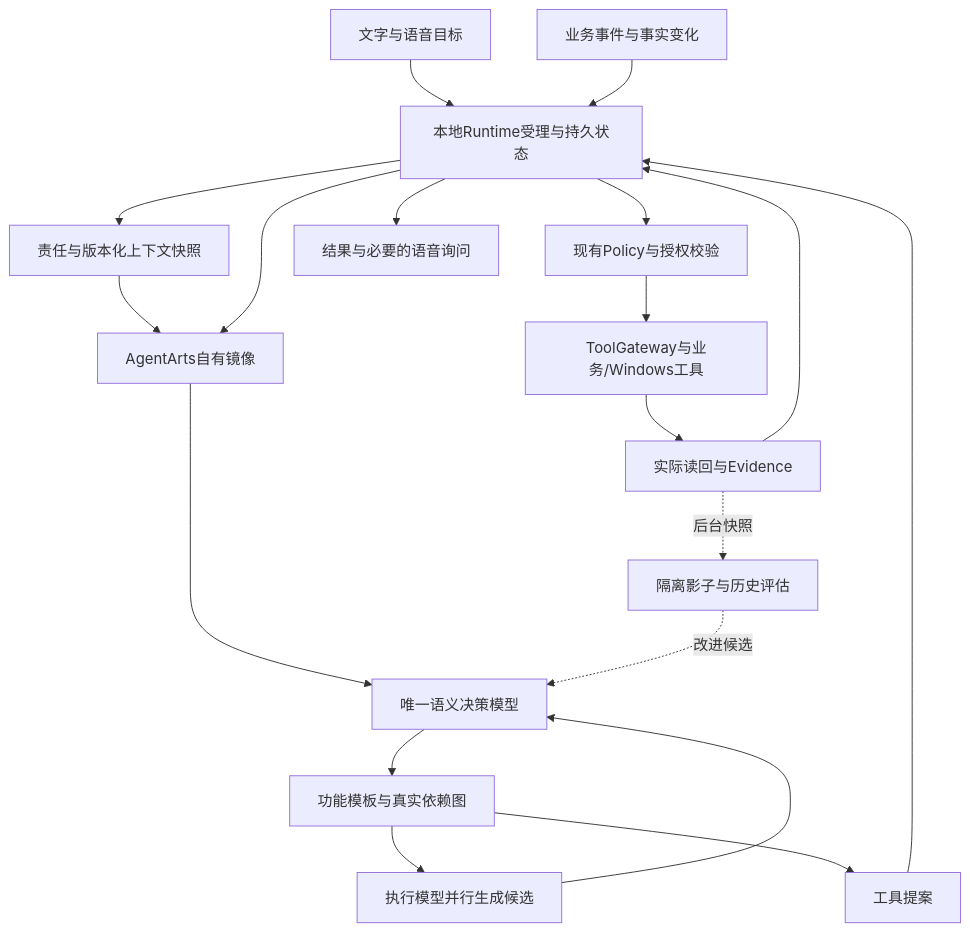
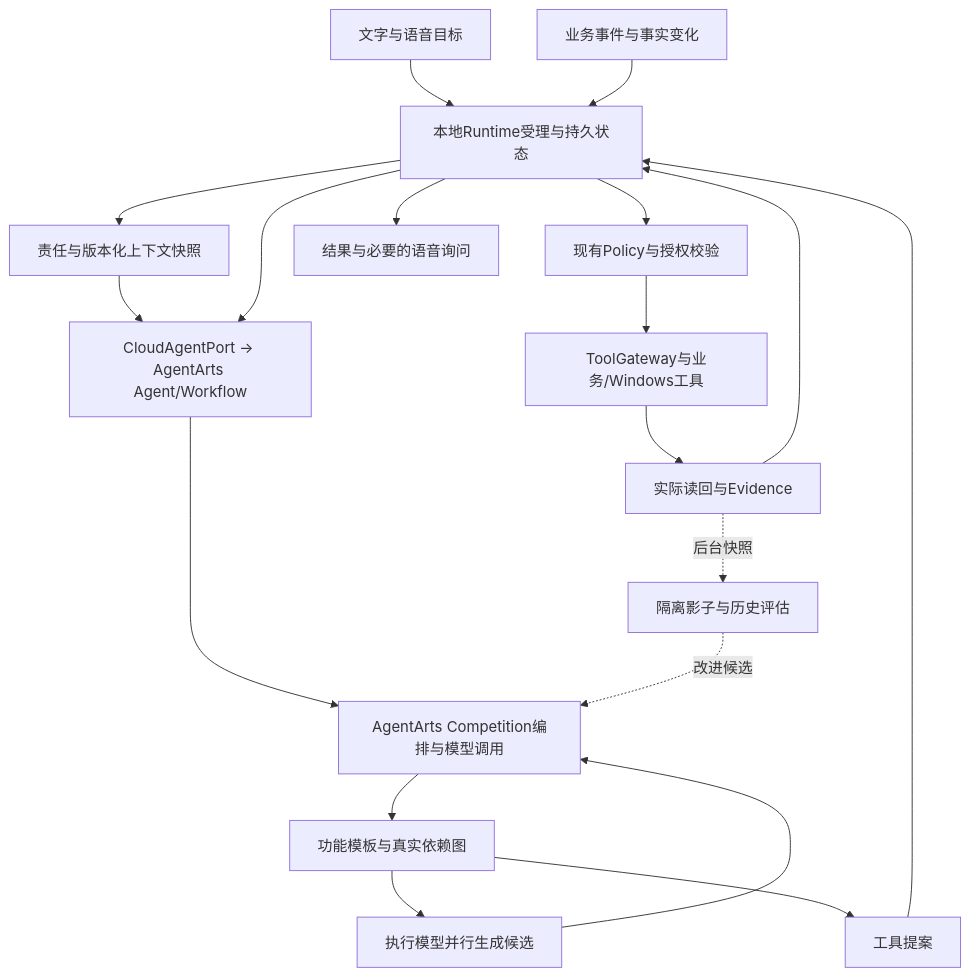
One commit to xianxing-ai/PersonalAgent changed the diagram in docs/design/workflow-architecture-20261013/DESIGN.md. Above: the diagram before and after it, drawn with Mermaid. The commit also changed other lines of this file and 22 other files, not shown here.

Commit message:
docs(architecture): align competition page with current Laya decision

````diff
--- a/docs/design/workflow-architecture-20261013/DESIGN.md
+++ b/docs/design/workflow-architecture-20261013/DESIGN.md
@@ -19,21 +19,21 @@
 ```mermaid
 flowchart TD
   U[文字与语音目标] --> R[本地Runtime受理与持久状态]
   E[业务事件与事实变化] --> R
   R --> S[责任与版本化上下文快照]
-  S --> C[AgentArts自有镜像]
-  C --> D[唯一语义决策模型]
+  S --> C[CloudAgentPort → AgentArts Agent/Workflow]
+  C --> D[AgentArts Competition编排与模型调用]
   D --> G[功能模板与真实依赖图]
   G --> X[执行模型并行生成候选]
   X --> D
   G --> T[工具提案]
   T --> R
   R --> P[现有Policy与授权校验]
   P --> V[ToolGateway与业务/Windows工具]
   V --> B[实际读回与Evidence]
   B --> R
   R --> C
   R --> UI[结果与必要的语音询问]
   B -. 后台快照 .-> SH[隔离影子与历史评估]
   SH -. 改进候选 .-> D
 ```
````
